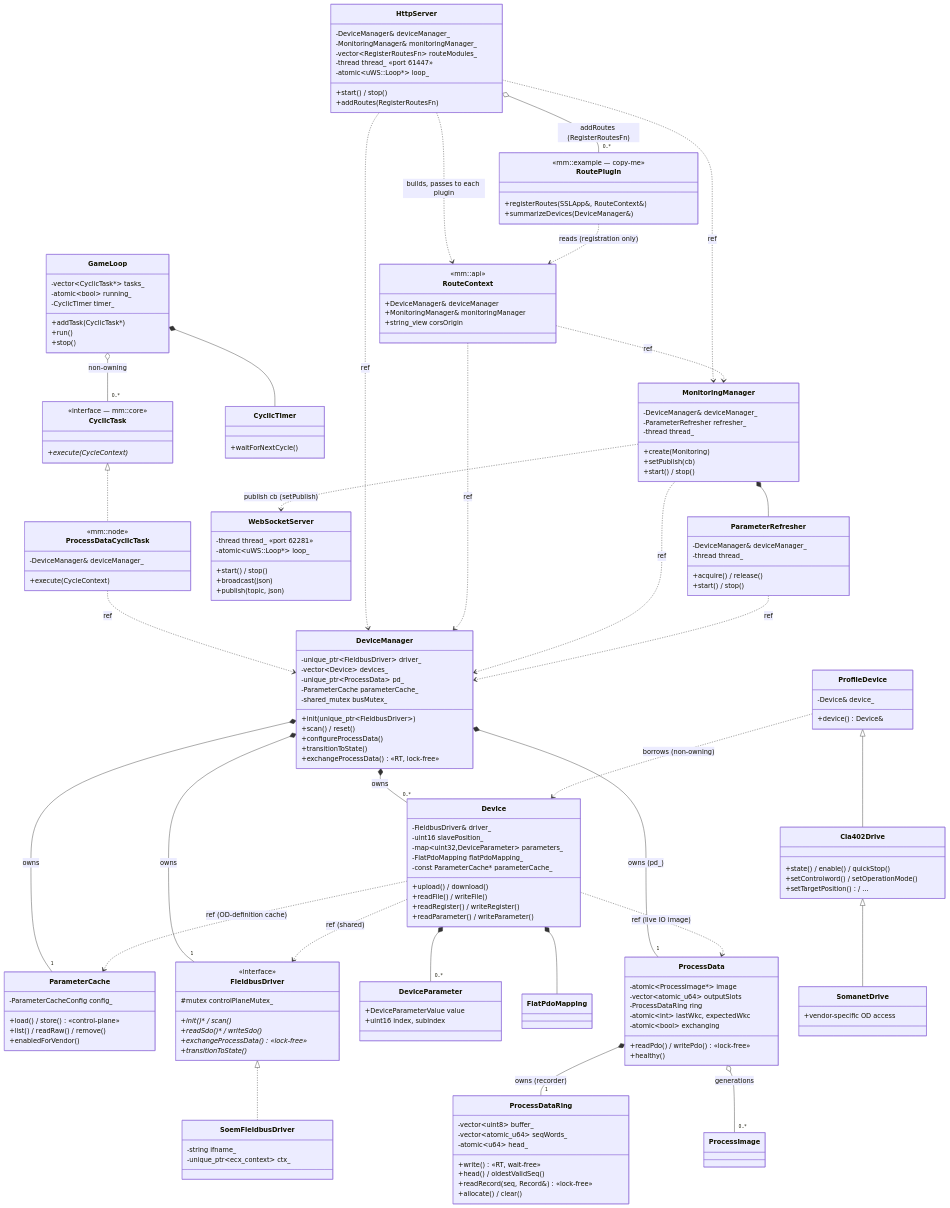
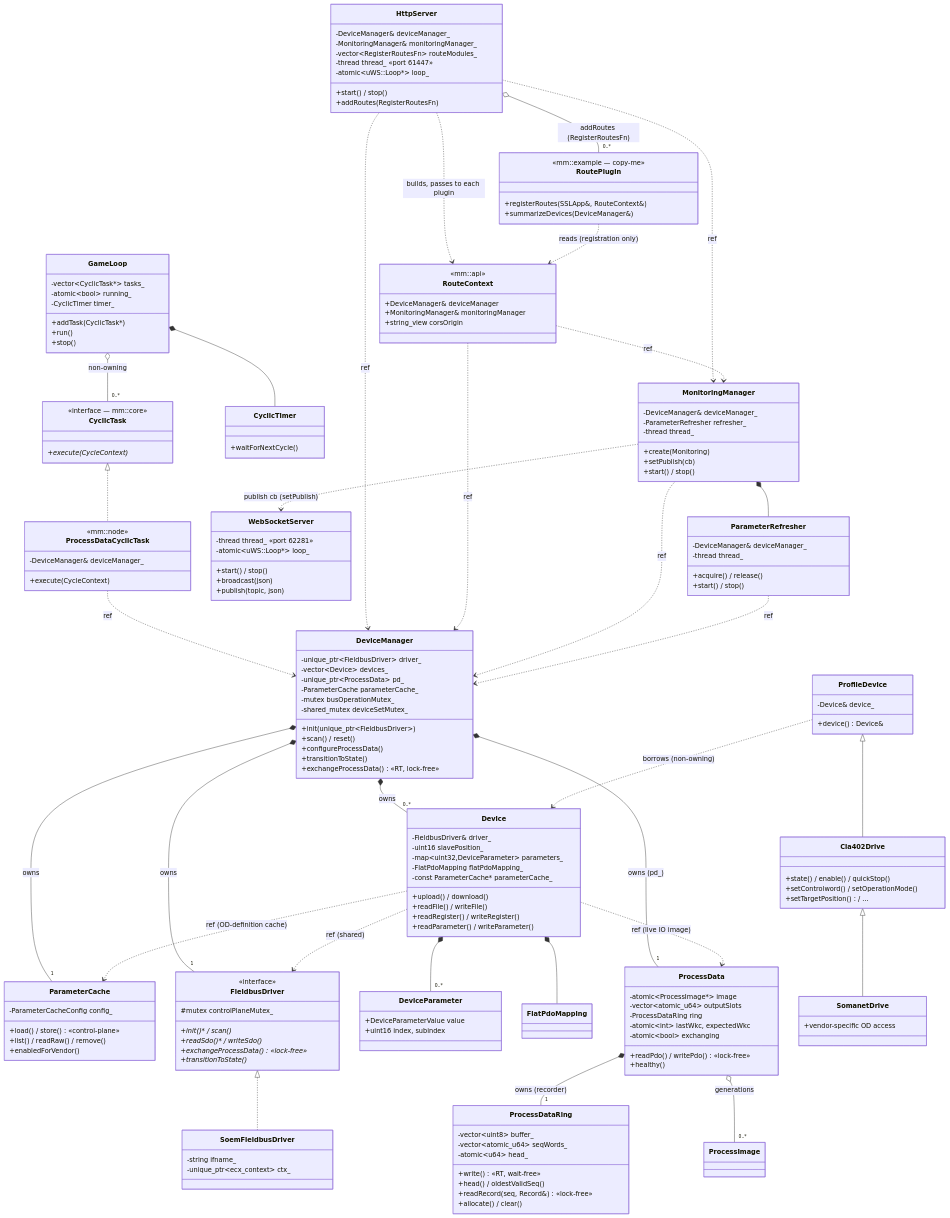
The diagram in docs/CLASS_DIAGRAM.md (synapticon/motion-master), drawn with Mermaid before and after one commit. The commit also changed 2 other files, not shown here.

Commit message:
docs: inventory every mutex and lock-free protocol in one place
Adds docs/LOCKING.md: all nine mutexes and two condition variables with
their type, what they guard, which threads take them, whether they are
held across bus I/O, and why each exists — plus the lock ordering, the
eight invariants the code relies on, and the lock-free protocols, which
belong in the same document because on the RT path they are the design
rather than an optimisation over one.

Corrects two documents that had drifted. THREADS.md and CLASS_DIAGRAM.md
both named a DeviceManager::busMutex_ that no longer exists, and
THREADS.md counted five threads — omitting the 32-worker HTTP pool every
route handler now runs on, and the per-procedure jthreads. That omission
is load-bearing: several comments in the tree still argue that two
callers cannot race because "both are on the HTTP thread", which stopped
being true when handlers moved off the event loop.

The review section records the findings that fall out, ranked, with
file:line — chiefly that DeviceManager::findDevice, devices() and
busConfig() hand out unguarded access to state a concurrent scan frees.

```diff
--- a/docs/CLASS_DIAGRAM.md
+++ b/docs/CLASS_DIAGRAM.md
@@ -83,7 +83,8 @@
         -vector~Device~ devices_
         -unique_ptr~ProcessData~ pd_
         -ParameterCache parameterCache_
-        -shared_mutex busMutex_
+        -mutex busOperationMutex_
+        -shared_mutex deviceSetMutex_
     }
     class Device {
         +upload() / download()
```
